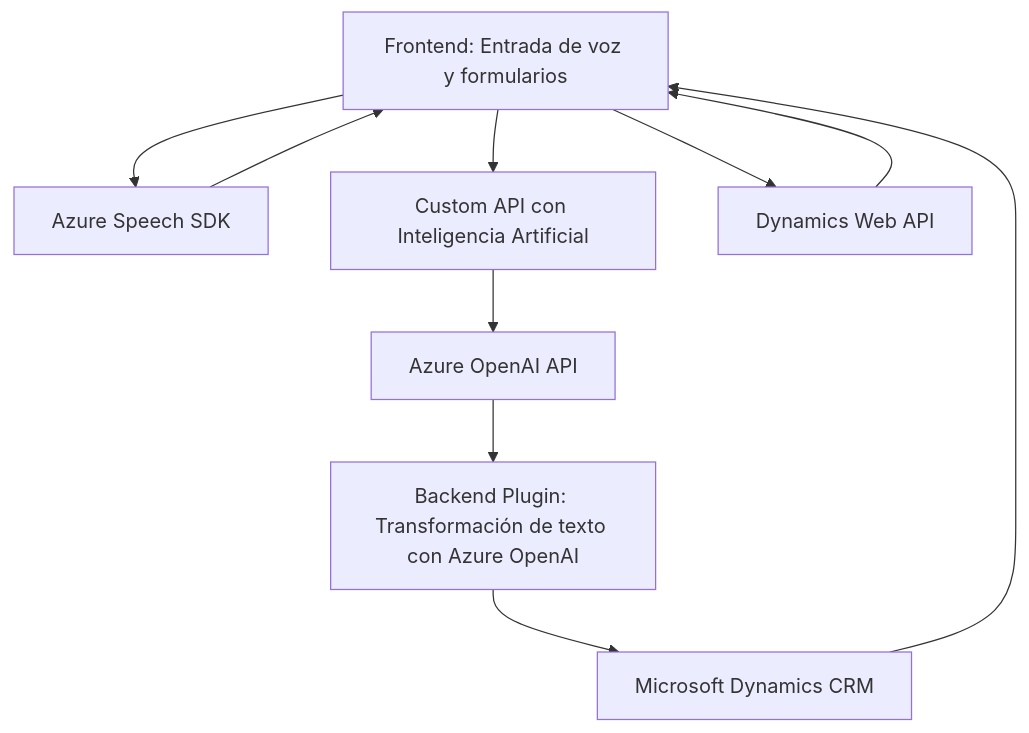
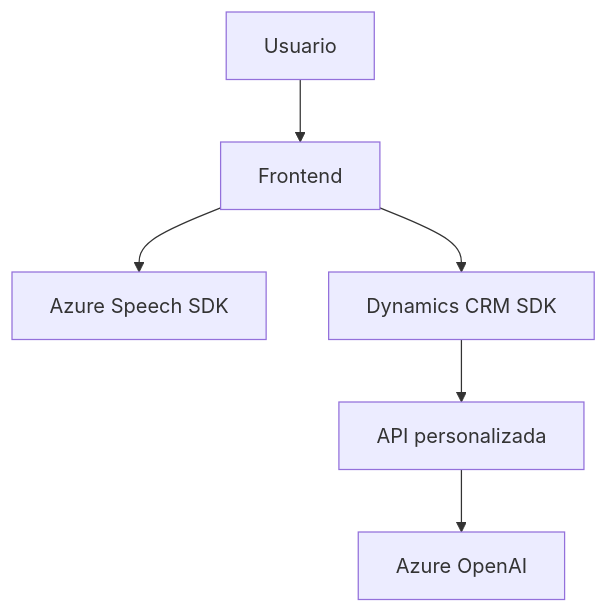
Before and after one commit to blopezdm/NETCORE_BILBAO2025: the diagram in README.md, drawn with Mermaid. The commit also changed other lines of this file, not shown here.

Commit message:
Actualizar análisis global de la solución con IA

````diff
--- a/README.md
+++ b/README.md
@@ -44,20 +34,15 @@
 ```mermaid
 graph TD
-    A["Frontend: Entrada de voz y formularios"]
-    B["Azure Speech SDK"]
-    C["Custom API con Inteligencia Artificial"]
-    D["Dynamics Web API"]
-    E["Backend Plugin: Transformación de texto con Azure OpenAI"]
-    F["Azure OpenAI API"]
-    G["Microsoft Dynamics CRM"]
+  A["Usuario"]
+  B["Frontend"]
+  C["Azure Speech SDK"]
+  D["Dynamics CRM SDK"]
+  E["API personalizada"]
+  F["Azure OpenAI"]
 
-    A --> B
-    A --> C
-    A --> D
-    C --> F
-    B --> A
-    D --> A
-    F --> E
-    E --> G
-    G --> A
+  A --> B
+  B --> C
+  B --> D
+  D --> E
+  E --> F
 ```
````
